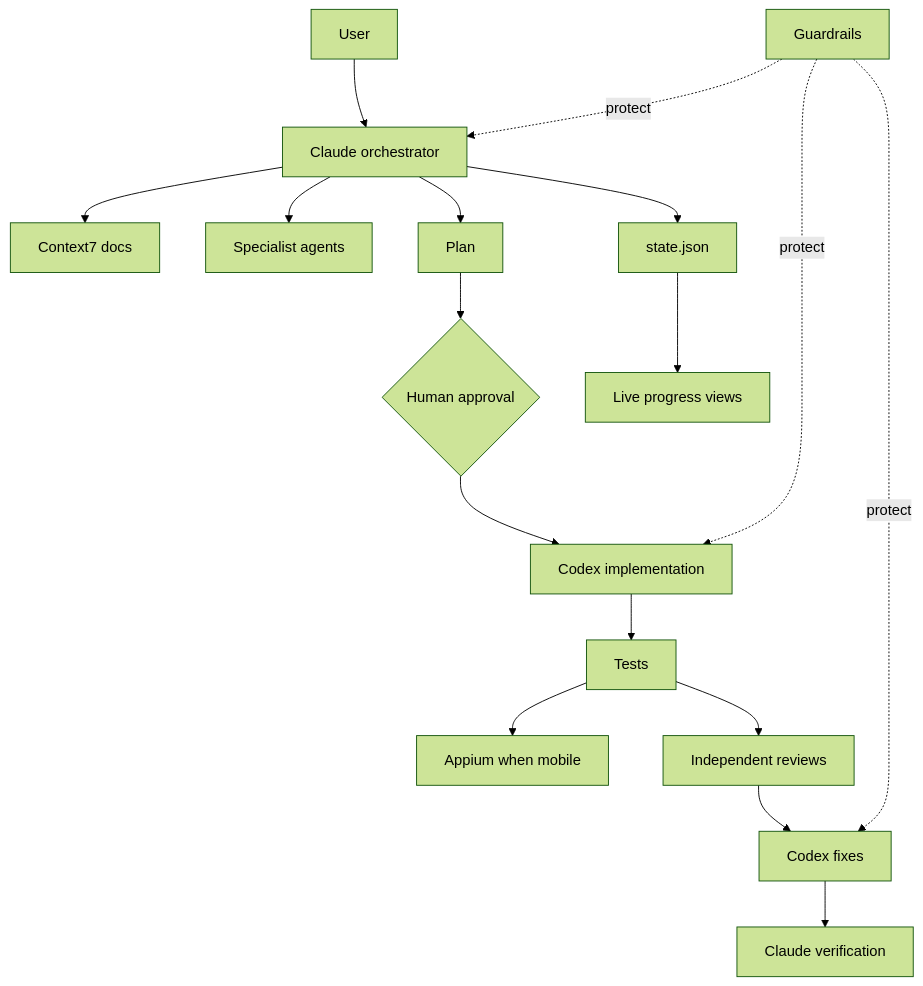
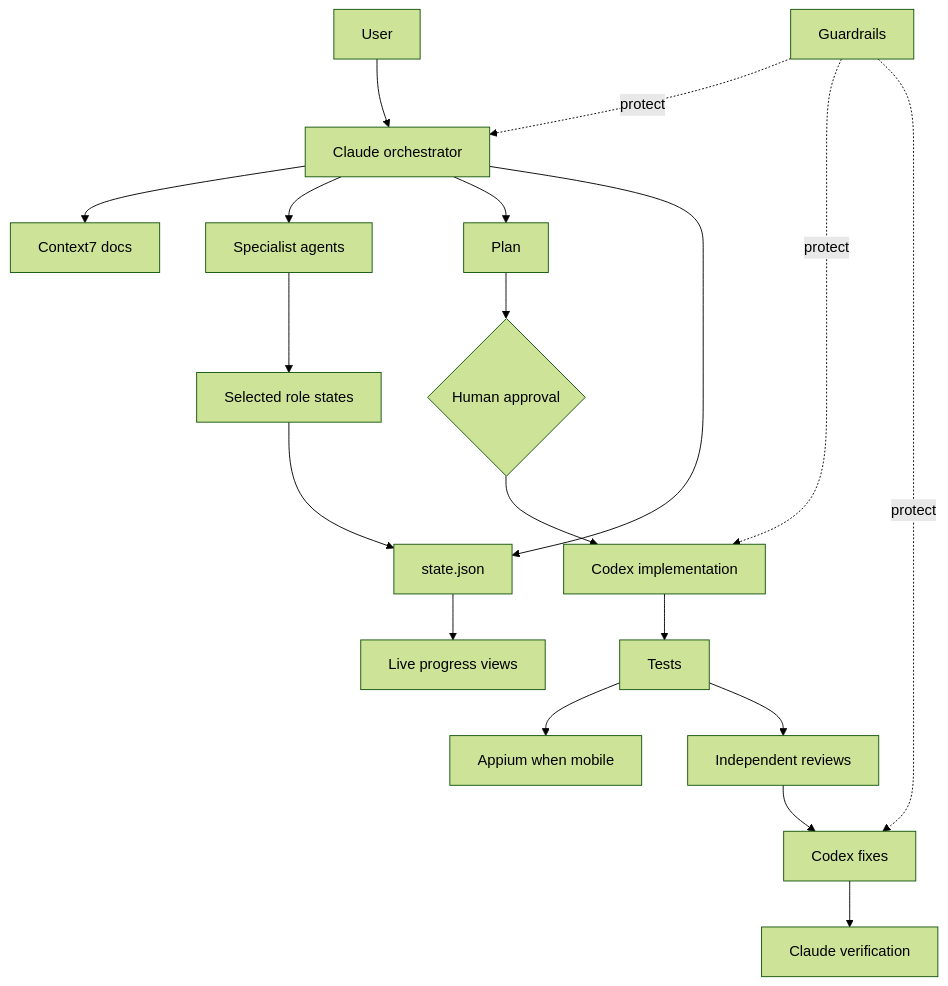
One commit to mohamedma872/ai-agent-workflow-kit changed the third of 3 diagrams in README.md. Above: the diagram before and after it, drawn with Mermaid (forest theme). The commit also changed other lines of this file, not shown here.

````diff
--- a/README.md
+++ b/README.md
@@ -484,25 +529,28 @@
 ```mermaid
 flowchart TB
     U[User] --> C[Claude orchestrator]
 
     C --> D[Context7 docs]
     C --> S[Specialist agents]
     C --> P[Plan]
+
+    S --> RS[Selected role states]
+    RS --> ST[state.json]
 
     P --> H{Human approval}
     H --> X[Codex implementation]
 
     X --> T[Tests]
     T --> A[Appium when mobile]
     T --> R[Independent reviews]
 
     R --> F[Codex fixes]
     F --> V[Claude verification]
 
-    C --> ST[state.json]
+    C --> ST
     ST --> UI[Live progress views]
 
     G[Guardrails] -. protect .-> C
     G -. protect .-> X
     G -. protect .-> F
 ```
````
